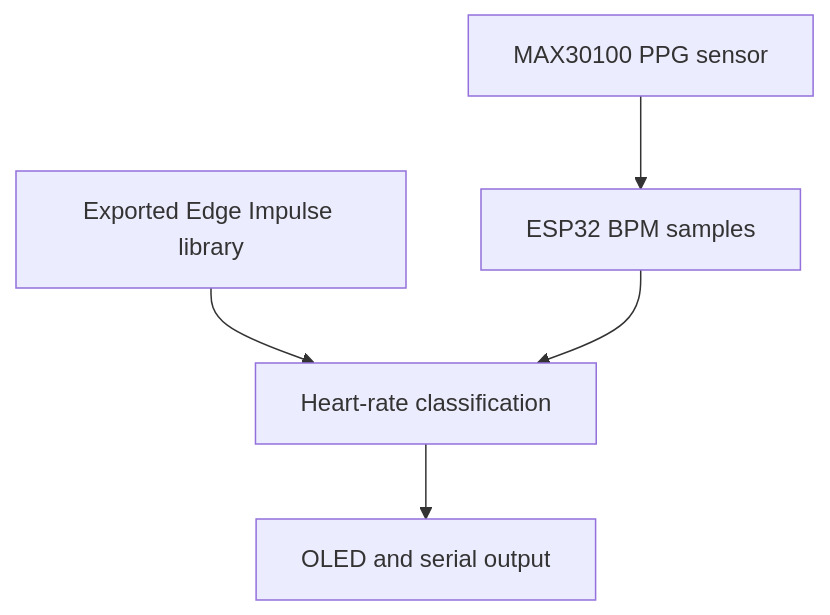
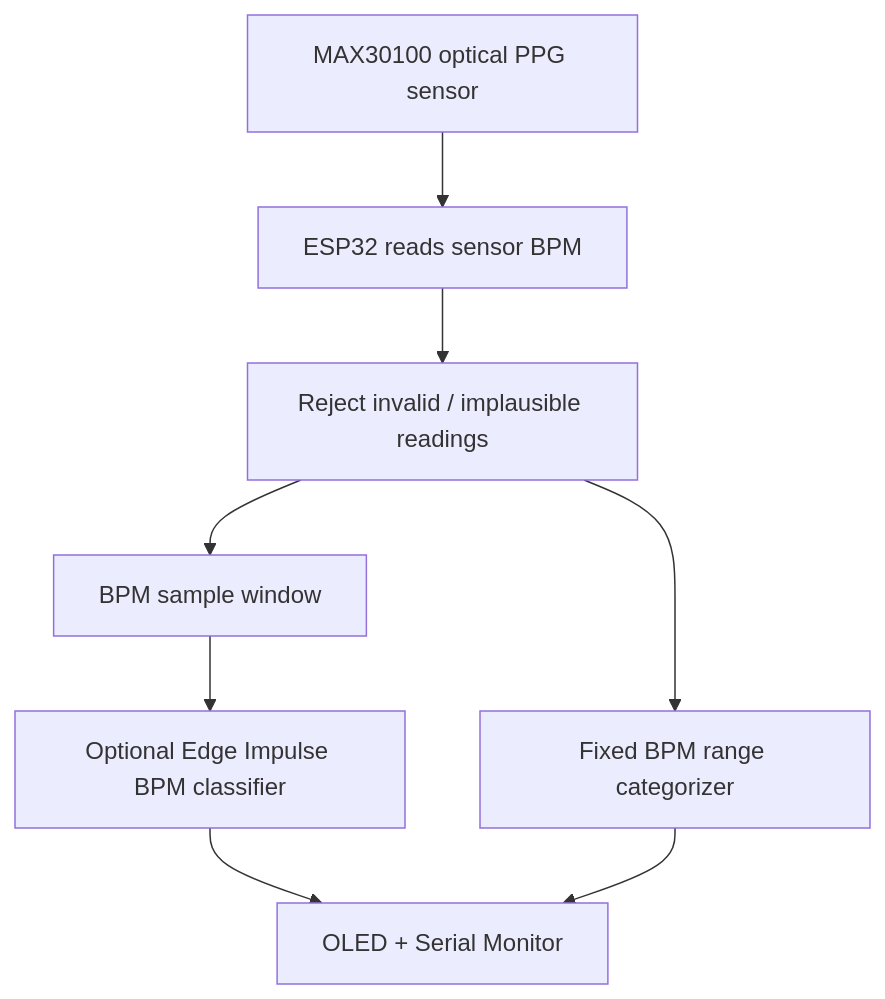
Before and after one commit to kathirece/AI-ENHANCHED-ARRYTHMIA-DETECTION: the diagram in README.md, drawn with Mermaid. The commit also changed other lines of this file, not shown here.

Commit message:
Clarify PPG heart-rate classification scope and document ECG limitations

````diff
--- a/README.md
+++ b/README.md
@@ -23,7 +33,10 @@
 ```mermaid
 flowchart TD
-    A["MAX30100 PPG sensor"] --> B["ESP32 BPM samples"]
-    C["Exported Edge Impulse library"] --> D["Heart-rate classification"]
-    B --> D
-    D --> E["OLED and serial output"]
+    A["MAX30100 optical PPG sensor"] --> B["ESP32 reads sensor BPM"]
+    B --> C["Reject invalid / implausible readings"]
+    C --> D["BPM sample window"]
+    D --> E["Optional Edge Impulse BPM classifier"]
+    C --> F["Fixed BPM range categorizer"]
+    E --> G["OLED + Serial Monitor"]
+    F --> G
 ```
````
